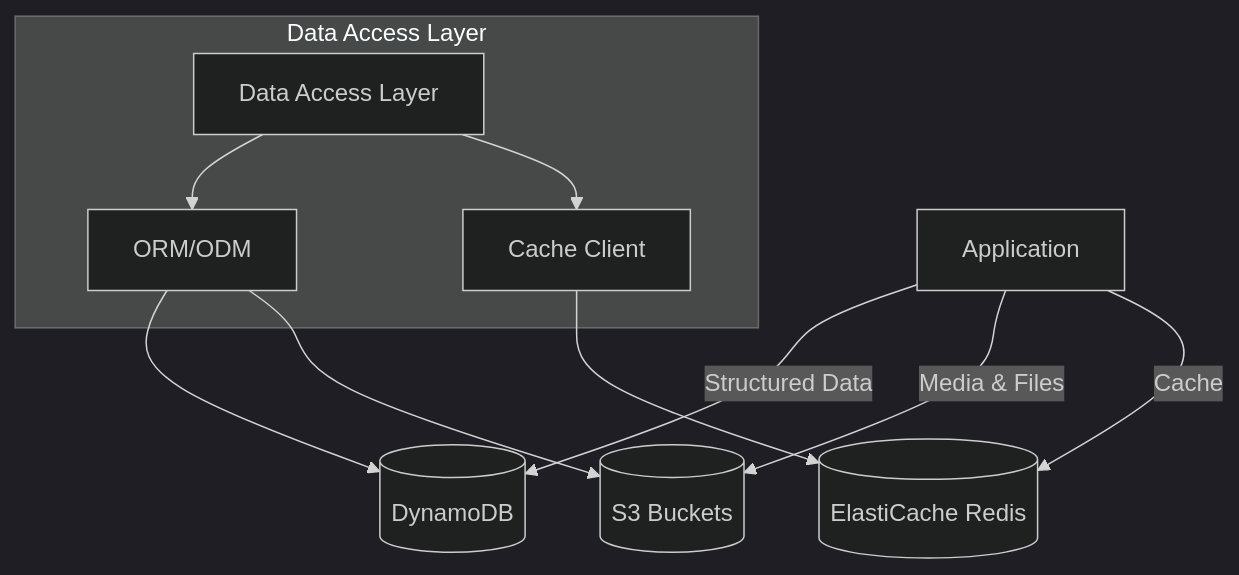
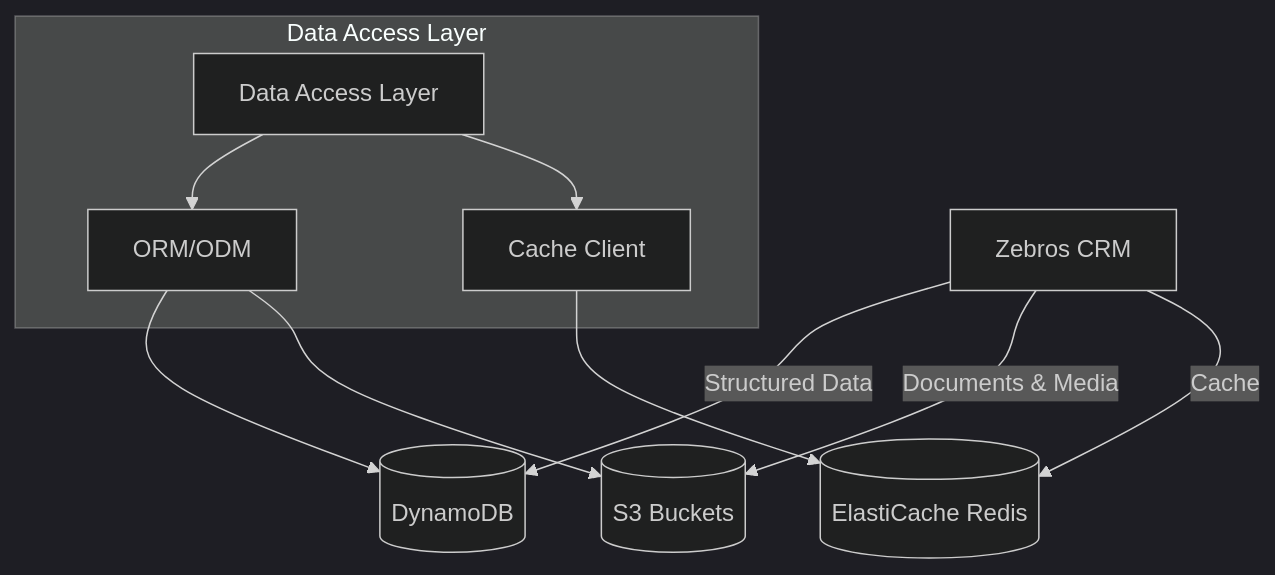
One commit to philkunz/fargate changed the first of 10 diagrams in architecture/data.md. Above: the diagram before and after it, drawn with Mermaid (dark theme). The commit also changed other lines of this file and 11 other files, not shown here.

Commit message:
feat(documentation): Revamp Zebros CRM serverless architecture documentation with updated diagrams, expanded API, authentication, long-running tasks, data storage, and scaling details

````diff
--- a/architecture/data.md
+++ b/architecture/data.md
@@ -9,18 +9,18 @@
 ```mermaid
 flowchart TD
-    App[Application] --> |Structured Data| DynamoDB[(DynamoDB)]
-    App --> |Media & Files| S3[(S3 Buckets)]
+    App[Zebros CRM] --> |Structured Data| DynamoDB[(DynamoDB)]
+    App --> |Documents & Media| S3[(S3 Buckets)]
     App --> |Cache| Redis[(ElastiCache Redis)]
     
     subgraph "Data Access Layer"
         DAL[Data Access Layer]
         ORM[ORM/ODM]
         Cache[Cache Client]
     end
     
     DAL --> ORM
     DAL --> Cache
     ORM --> DynamoDB
     ORM --> S3
     Cache --> Redis
 ```
````
